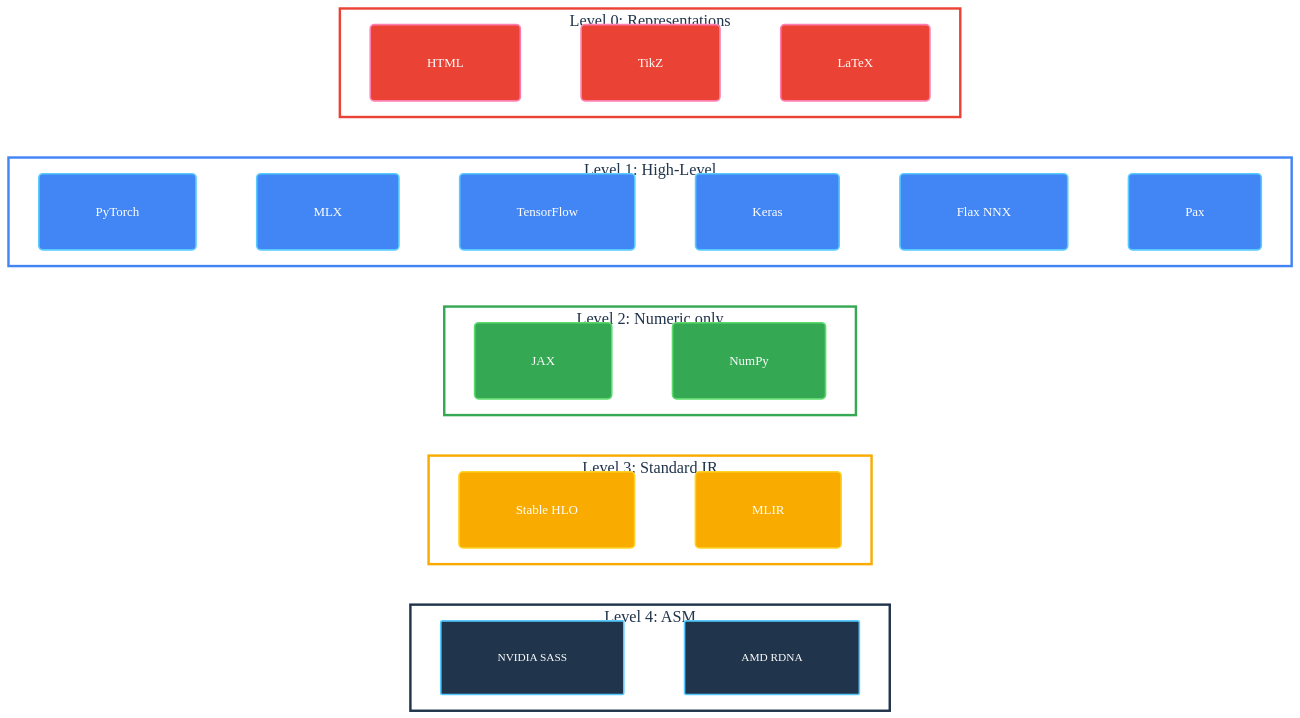
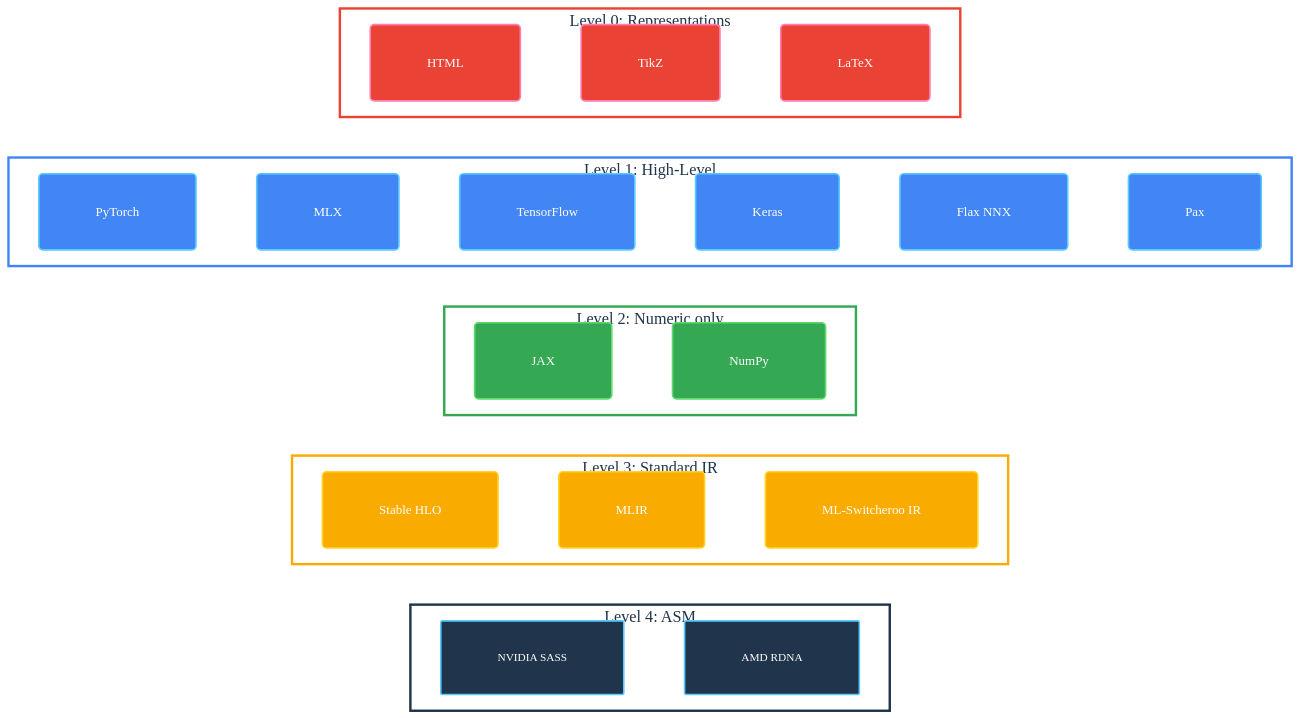
One commit to SamuelMarks/ml-switcheroo changed the first of 2 diagrams in README.md. Above: the diagram before and after it, drawn with Mermaid. The commit also changed other lines of this file and 424 other files, not shown here.

````diff
--- a/README.md
+++ b/README.md
@@ -18,74 +18,74 @@
 ```mermaid
 %%{init: {'flowchart': {'rankSpacing': 50, 'nodeSpacing': 20, 'padding': 35}}}%%
 flowchart TD
 
 %% --- 1. Font & Node Styling ---
 
 %% Level 0: Red (Representations)
     classDef l0Node fill: #ea4335, stroke: #ff7daf, stroke-width: 2px, color: white, font-family: 'Google Sans Normal', font-size: 16px, rx: 5px, ry: 5px;
 
 %% Level 1: Blue (Frameworks)
     classDef l1Node fill: #4285f4, stroke: #57caff, stroke-width: 2px, color: white, font-family: 'Google Sans Normal', font-size: 16px, rx: 5px, ry: 5px;
 
 %% Level 2: Green (Numerical)
     classDef l2Node fill: #34a853, stroke: #5cdb6d, stroke-width: 2px, color: white, font-family: 'Google Sans Normal', font-size: 16px, rx: 5px, ry: 5px;
 
 %% Level 3: Yellow (Intermediate)
     classDef l3Node fill: #f9ab00, stroke: #ffd427, stroke-width: 2px, color: white, font-family: 'Google Sans Normal', font-size: 16px, rx: 5px, ry: 5px;
 
 %% Hardware: Navy (NVIDIA_SASS) - Roboto Mono
     classDef asmNode fill: #20344b, stroke: #57caff, stroke-width: 2px, color: white, font-family: 'Roboto Mono Normal', font-size: 14px, rx: 2px, ry: 2px;
 
 %% --- 2. Subgraph Styling ---
 %% White backgrounds to ensure text readability + visual grouping
     classDef containerL0 fill: white, stroke: #ea4335, stroke-width: 3px, color: #20344b, font-family: 'Google Sans Medium', font-size: 20px;
     classDef containerL1 fill: white, stroke: #4285f4, stroke-width: 3px, color: #20344b, font-family: 'Google Sans Medium', font-size: 20px;
     classDef containerL2 fill: white, stroke: #34a853, stroke-width: 3px, color: #20344b, font-family: 'Google Sans Medium', font-size: 20px;
     classDef containerL3 fill: white, stroke: #f9ab00, stroke-width: 3px, color: #20344b, font-family: 'Google Sans Medium', font-size: 20px;
     classDef containerHW fill: white, stroke: #20344b, stroke-width: 3px, color: #20344b, font-family: 'Google Sans Medium', font-size: 20px;
 
 %% --- 3. Diagram Structure ---
 
     subgraph L0 [Level 0: Representations]
         direction LR
         HTML ~~~ TikZ ~~~ LaTeX
     end
 
     subgraph L1 [Level 1: High-Level]
         direction LR
         PyTorch ~~~ MLX ~~~ TensorFlow ~~~ Keras ~~~ FlaxNNX[Flax NNX] ~~~ Pax
     end
 
     subgraph L2 [Level 2: Numeric only]
         direction LR
         JAX ~~~ NumPy
     end
 
     subgraph L3 [Level 3: Standard IR]
         direction LR
-        StableHLO[Stable HLO] ~~~ MLIR
+        StableHLO[Stable HLO] ~~~ MLIR ~~~ IR[ML-Switcheroo IR]
     end
 
     subgraph LBottom [Level 4: ASM]
         direction LR
         NVIDIA_SASS[NVIDIA SASS] ~~~ RDNA[AMD RDNA]
     end
 
 %% --- 4. Connections ---
     TikZ ~~~ TensorFlow
     TensorFlow ~~~ JAX
     JAX ~~~ StableHLO
     StableHLO ~~~ NVIDIA_SASS
 %% --- 5. Apply Styles ---
     class HTML,TikZ,LaTeX l0Node;
     class PyTorch,MLX,TensorFlow,Keras,FlaxNNX,Pax l1Node;
     class JAX,NumPy l2Node;
-    class StableHLO,MLIR l3Node;
+    class StableHLO,MLIR,IR l3Node;
     class NVIDIA_SASS asmNode;
     class RDNA asmNode;
     class L0 containerL0;
     class L1 containerL1;
     class L2 containerL2;
     class L3 containerL3;
     class LBottom containerHW;
 ```
````
